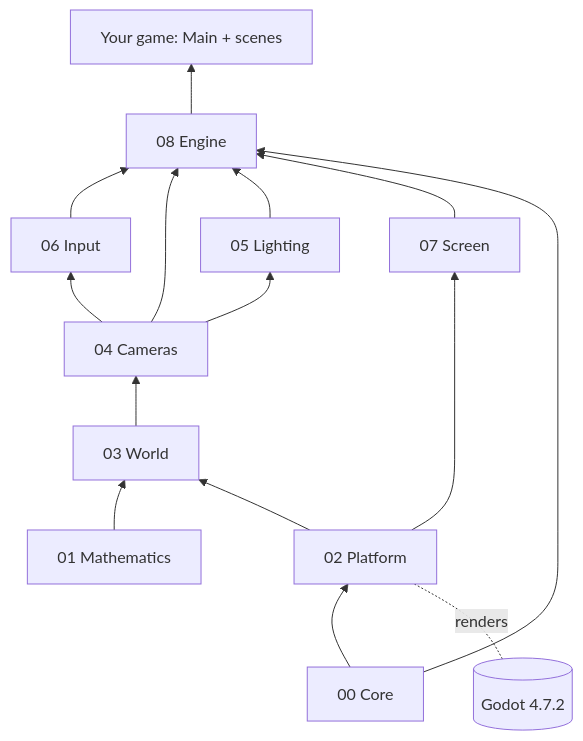
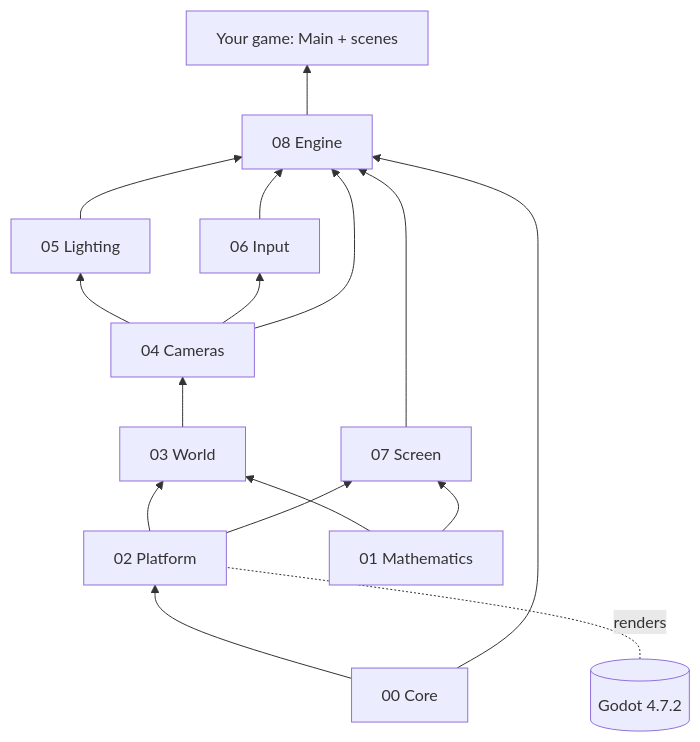
One commit to ThatEvilGuy-237/MyGameFrameWork changed the diagram in documents/Architecture/Architecture Overview.md. Above: the diagram before and after it, drawn with Mermaid. The commit also changed other lines of this file and 2 other files, not shown here.

````diff
--- a/documents/Architecture/Architecture Overview.md
+++ b/documents/Architecture/Architecture Overview.md
@@ -29,17 +29,18 @@
 ```mermaid
 flowchart BT
   core[00 Core] --> platform[02 Platform]
   math[01 Mathematics] --> world[03 World]
   platform --> world
   platform --> screen[07 Screen]
+  math --> screen
   world --> cameras[04 Cameras]
   cameras --> lighting[05 Lighting]
   cameras --> input[06 Input]
   input --> engine[08 Engine]
   cameras --> engine
   lighting --> engine
   screen --> engine
   core --> engine
   engine --> game[Your game: Main + scenes]
   godot[(Godot 4.7.2)] -.renders.- platform
 ```
````
